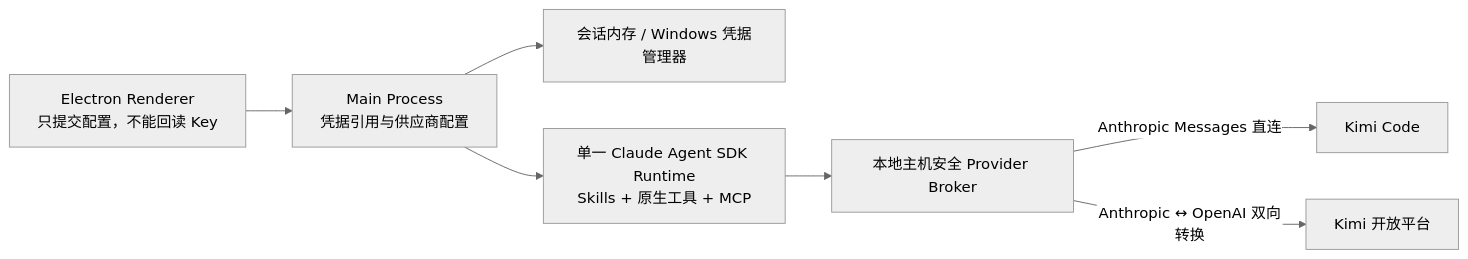
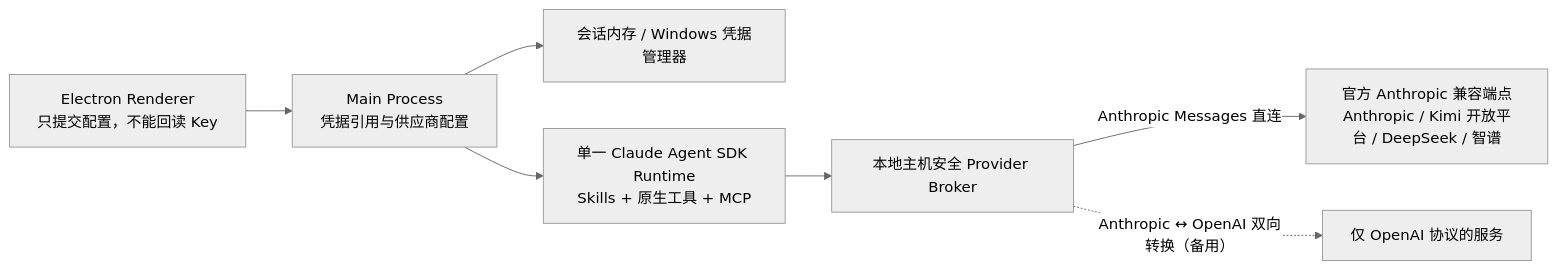
One commit to juicykwok2019/Mental-LEGOs changed the first of 2 diagrams in README.md. Above: the diagram before and after it, drawn with Mermaid (neutral theme). The commit also changed other lines of this file and 3 other files, not shown here.

First line of the commit message:
feat: drop Kimi Code and adopt the official Open Platform Anthropic endpoint

````diff
--- a/README.md
+++ b/README.md
@@ -114,9 +109,9 @@
 ```mermaid
 flowchart LR
   UI["Electron Renderer<br/>只提交配置，不能回读 Key"] --> MAIN["Main Process<br/>凭据引用与供应商配置"]
   MAIN --> VAULT["会话内存 / Windows 凭据管理器"]
   MAIN --> AGENT["单一 Claude Agent SDK Runtime<br/>Skills + 原生工具 + MCP"]
   AGENT --> BROKER["本地主机安全 Provider Broker"]
-  BROKER -->|"Anthropic Messages 直连"| CODE["Kimi Code"]
-  BROKER -->|"Anthropic ↔ OpenAI 双向转换"| OPEN["Kimi 开放平台"]
+  BROKER -->|"Anthropic Messages 直连"| DIRECT["官方 Anthropic 兼容端点<br/>Anthropic / Kimi 开放平台 / DeepSeek / 智谱"]
+  BROKER -.->|"Anthropic ↔ OpenAI 双向转换（备用）"| OPEN["仅 OpenAI 协议的服务"]
 ```
````
